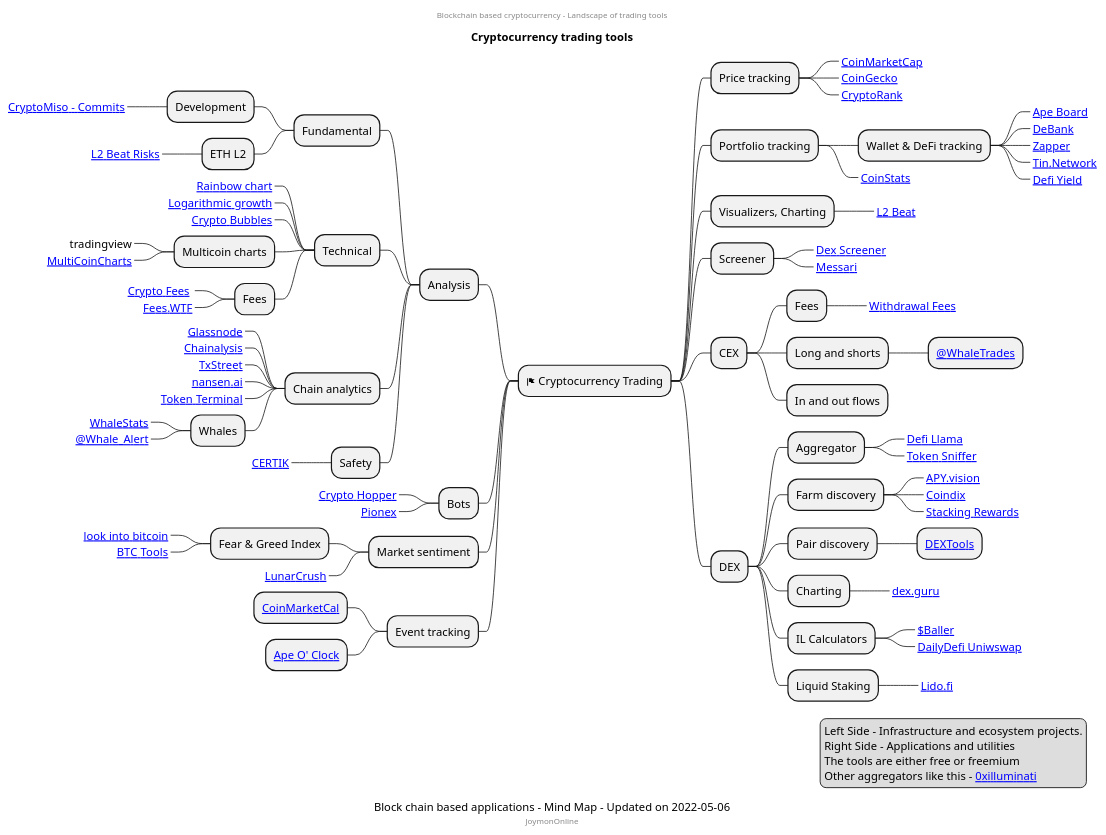
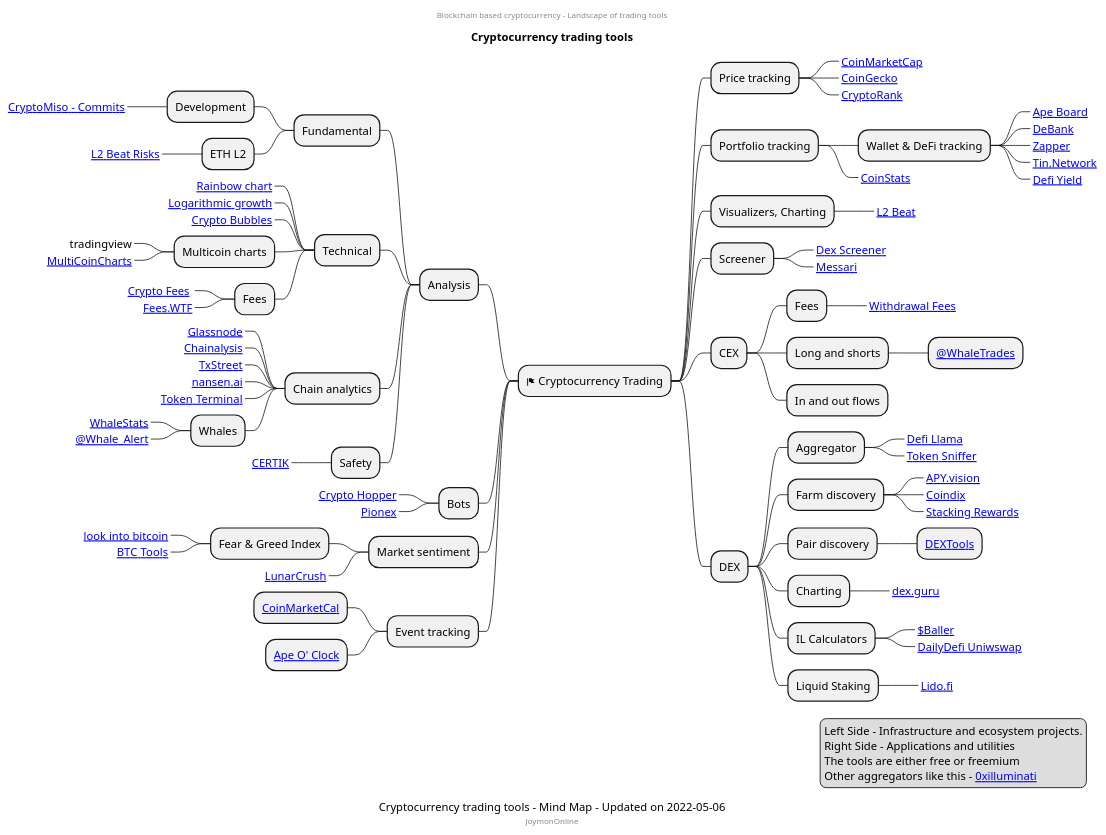
The diagram in cryptocurrency/trading-tools.puml (mind-maps/blockchain), drawn with PlantUML before and after one commit.

Commit message:
changed caption

```diff
--- a/cryptocurrency/trading-tools.puml
+++ b/cryptocurrency/trading-tools.puml
@@ -1,102 +1,102 @@
 @startmindmap
 center header
 Blockchain based cryptocurrency - Landscape of trading tools
 endheader
 title Cryptocurrency trading tools
 center footer JoymonOnline
 * <&flag> Cryptocurrency Trading
 ** Price tracking
 ***_ [[https://coinmarketcap.com/ CoinMarketCap]]
 ***_ [[https://www.coingecko.com/ CoinGecko]]
 ***_ [[https://cryptorank.io/trending CryptoRank]]
 
 ** Portfolio tracking
 *** Wallet & DeFi tracking
 ****_ [[https://apeboard.finance Ape Board]]
 ****_ [[https://debank.com/ DeBank]]
 ****_ [[https://zapper.fi/ Zapper]]
 ****_ [[https://tin.network/ Tin.Network]]
 ****_ [[https://defiyield.app/dashboard Defi Yield]]
 ***_ [[https://coinstats.app CoinStats]]
 ** Visualizers, Charting
 ***_ [[https://l2beat.com/ L2 Beat]]
 ** Screener
 ***_ [[https://dexscreener.com Dex Screener]]
 ***_ [[https://messari.io/screener Messari]]
 ** CEX
 *** Fees
 ****_ [[https://withdrawalfees.com/ Withdrawal Fees]]
 *** Long and shorts
 **** [[https://twitter.com/WhaleTrades @WhaleTrades]]
 *** In and out flows
 ** DEX
 *** Aggregator
 ****_ [[https://defillama.com/ Defi Llama]]
 ****_ [[https://tokensniffer.com/ Token Sniffer]]
 *** Farm discovery
 ****_ [[https://app.apy.vision APY.vision]]
 ****_ [[https://coindix.com/ Coindix]]
 ****_ [[https://stakingrewards.com Stacking Rewards]]
 *** Pair discovery
 **** [[https://dextools.io DEXTools]]
 *** Charting
 ****_ [[ https://dex.guru/ dex.guru]]
 *** IL Calculators
 ****_ [[https://baller.netlify.app/ $Baller]]
 ****_ [[https://dailydefi.org/tools/impermanent-loss-calculator/ DailyDefi Uniwswap]]
 *** Liquid Staking
 ****_ [[https://lido.fi/ Lido.fi]]
 Left Side
 
 ** Analysis
 ***  Fundamental
 **** Development
 *****_ [[https://www.cryptomiso.com/months_3.html CryptoMiso - Commits]]
 **** ETH L2
 *****_ [[https://l2beat.com/?view=risk L2 Beat Risks]]
 *** Technical
 ****_ [[https://www.blockchaincenter.net/en/bitcoin-rainbow-chart/ Rainbow chart]]
 ****_ [[https://www.lookintobitcoin.com/charts/bitcoin-logarithmic-growth-curve/ Logarithmic growth]]
 ****_ [[https://cryptobubbles.net/ Crypto Bubbles]]
 **** Multicoin charts
 *****_ tradingview
 *****_ [[https://www.multicoincharts.com/ MultiCoinCharts]]
 **** Fees
 *****_ [[https://cryptofees.info/ Crypto Fees ]]
 *****_ [[https://fees.wtf/#/ Fees.WTF]]
 *** Chain analytics
 ****_ [[https://studio.glassnode.com Glassnode]]
 ****_ [[https://markets.chainalysis.com Chainalysis]]
 ****_ [[https://txstreet.com/ TxStreet]]
 ****_ [[https://www.nansen.ai/ nansen.ai]]
 ****_ [[https://tokenterminal.com/ Token Terminal]]
 **** Whales
 *****_ [[https://www.whalestats.com/analysis-of-the-top-100-eth-wallets WhaleStats]]
 *****_ [[https://twitter.com/whale_alert @Whale_Alert]]
 *** Safety
 ****_ [[https://www.certik.com/ CERTIK]]
 /' ** APIs
 *** Chain
 ****_ [[https://nownodes.io/pricing NowNodes]]
 '/
 ** Bots
 ***_ [[https://www.cryptohopper.com/ Crypto Hopper]]
 ***_ [[https://www.pionex.com/ Pionex]]
 ** Market sentiment
 *** Fear & Greed Index
 ****_ [[https://www.lookintobitcoin.com/charts/bitcoin-fear-and-greed-index/ look into bitcoin]]
 ****_ [[https://btctools.io/stats/crypto-fear-and-greed-index BTC Tools]]
 ***_ [[https://lunarcrush.com/markets LunarCrush]]
 ** Event tracking
 *** [[https://coinmarketcal.com CoinMarketCal]]
 *** [[https://apeoclock.com Ape O' Clock]]
 
 legend right
 Left Side - Infrastructure and ecosystem projects.
 Right Side - Applications and utilities
 The tools are either free or freemium
 Other aggregators like this - [[https://0xilluminati.com/1f3a72793fc64eaca86f19a655610d94 0xilluminati]]
 endlegend
-caption Block chain based applications - Mind Map - Updated on 2022-05-06
+caption Cryptocurrency trading tools - Mind Map - Updated on 2022-05-06
 
 @endmindmap
```
